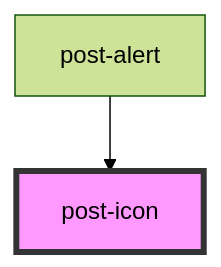
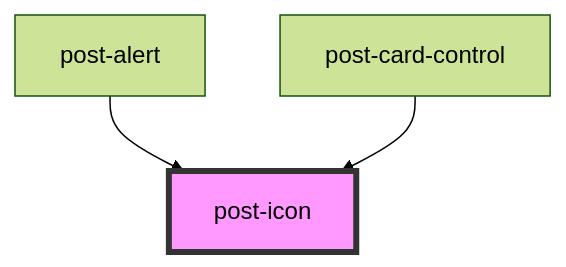
The diagram in packages/components/src/components/post-icon/readme.md (swisspost/design-system), drawn with Mermaid (forest theme) before and after one commit. The commit also changed other lines of this file and 4 other files, not shown here.

Commit message:
feat(components): add post-card-control (unfinished)

````diff
--- a/packages/components/src/components/post-icon/readme.md
+++ b/packages/components/src/components/post-icon/readme.md
@@ -28,5 +29,6 @@
 ```mermaid
 graph TD;
   post-alert --> post-icon
+  post-card-control --> post-icon
   style post-icon fill:#f9f,stroke:#333,stroke-width:4px
 ```
````
